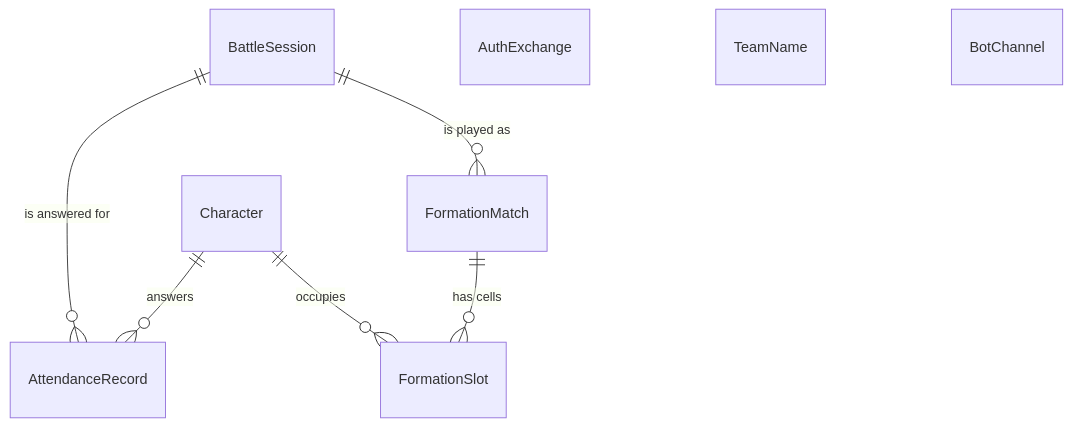
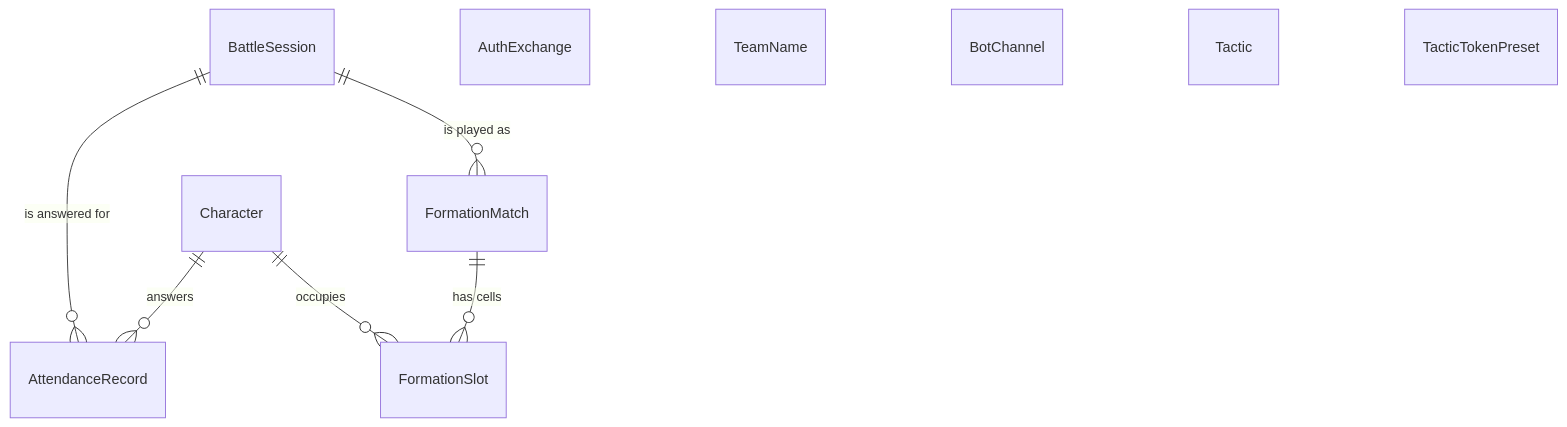
One commit to minhhuy1201/guild-manager changed the sixth of 6 diagrams in docs/architecture.md. Above: the diagram before and after it, drawn with Mermaid. The commit also changed other lines of this file and 122 other files, not shown here.

````diff
--- a/docs/architecture.md
+++ b/docs/architecture.md
@@ -505,12 +515,14 @@
 ```mermaid
 erDiagram
     Character ||--o{ AttendanceRecord : "answers"
     BattleSession ||--o{ AttendanceRecord : "is answered for"
     BattleSession ||--o{ FormationMatch : "is played as"
     FormationMatch ||--o{ FormationSlot : "has cells"
     Character ||--o{ FormationSlot : "occupies"
 
     AuthExchange { }
     TeamName { }
     BotChannel { }
+    Tactic { }
+    TacticTokenPreset { }
 ```
````
